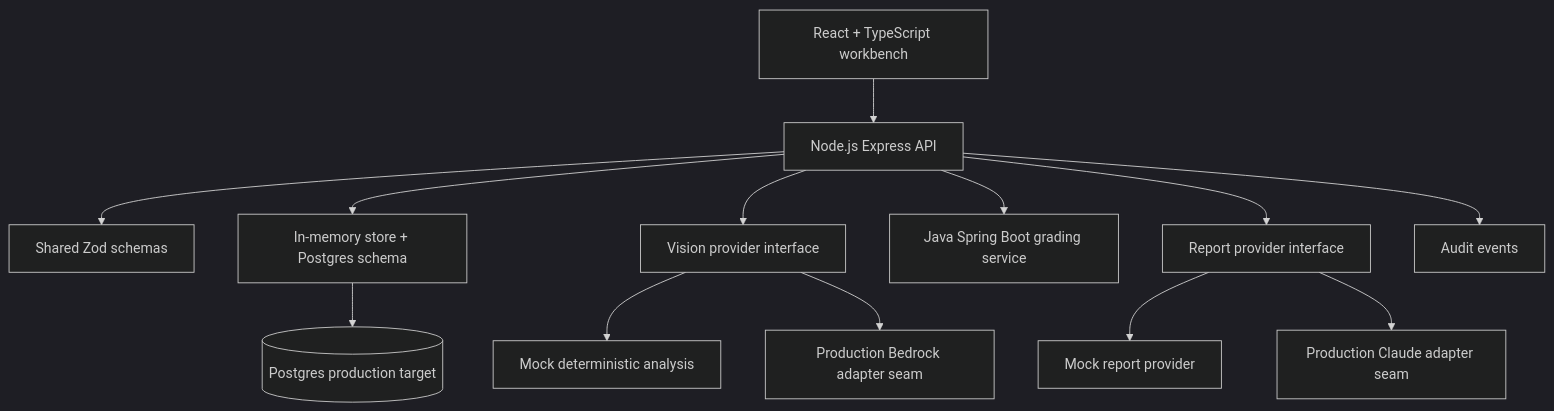
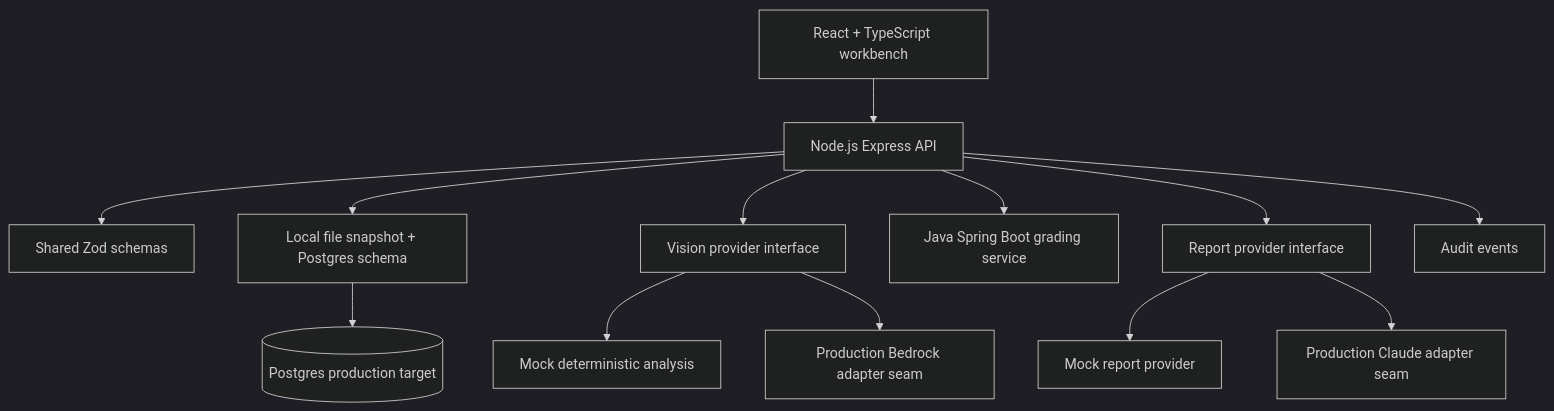
One commit to manynames3/inspectiq changed the diagram in README.md. Above: the diagram before and after it, drawn with Mermaid (dark theme). The commit also changed other lines of this file and 39 other files, not shown here.

````diff
--- a/README.md
+++ b/README.md
@@ -34,15 +35,15 @@
 ```mermaid
 flowchart TD
   Web[React + TypeScript workbench] --> API[Node.js Express API]
   API --> Shared[Shared Zod schemas]
-  API --> Store[In-memory store + Postgres schema]
+  API --> Store[Local file snapshot + Postgres schema]
   API --> Vision[Vision provider interface]
   Vision --> MockVision[Mock deterministic analysis]
   Vision --> BedrockVision[Production Bedrock adapter seam]
   API --> Grade[Java Spring Boot grading service]
   API --> Report[Report provider interface]
   Report --> MockReport[Mock report provider]
   Report --> BedrockReport[Production Claude adapter seam]
   API --> Audit[Audit events]
   Store --> PG[(Postgres production target)]
 ```
````
